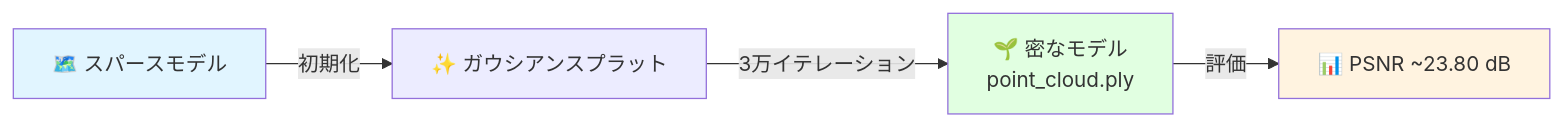
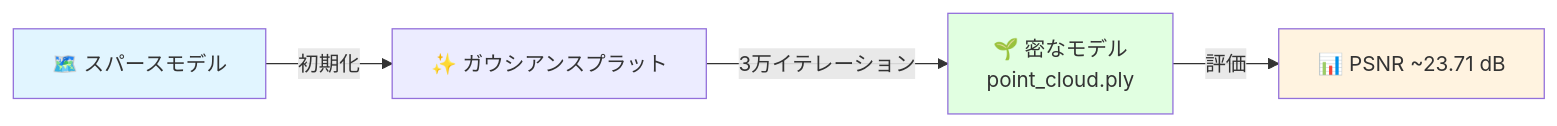
Before and after one commit to alzobaer/3dgs-pipeline-manual: the diagram in docs/pipeline/3dgs-training.ja.md, drawn with Mermaid. The commit also changed other lines of this file and 31 other files, not shown here.

````diff
--- a/docs/pipeline/3dgs-training.ja.md
+++ b/docs/pipeline/3dgs-training.ja.md
@@ -9,9 +9,9 @@
 ```mermaid
 graph LR
     A[🗺️ スパースモデル] -->|初期化| B[✨ ガウシアンスプラット]
     B -->|3万イテレーション| C[🌱 密なモデル<br/>point_cloud.ply]
-    C -->|評価| D[📊 PSNR ~23.80 dB]
+    C -->|評価| D[📊 PSNR ~23.71 dB]
     style A fill:#e1f5ff
     style C fill:#e1ffe1
     style D fill:#fff3e0
 ```
````
